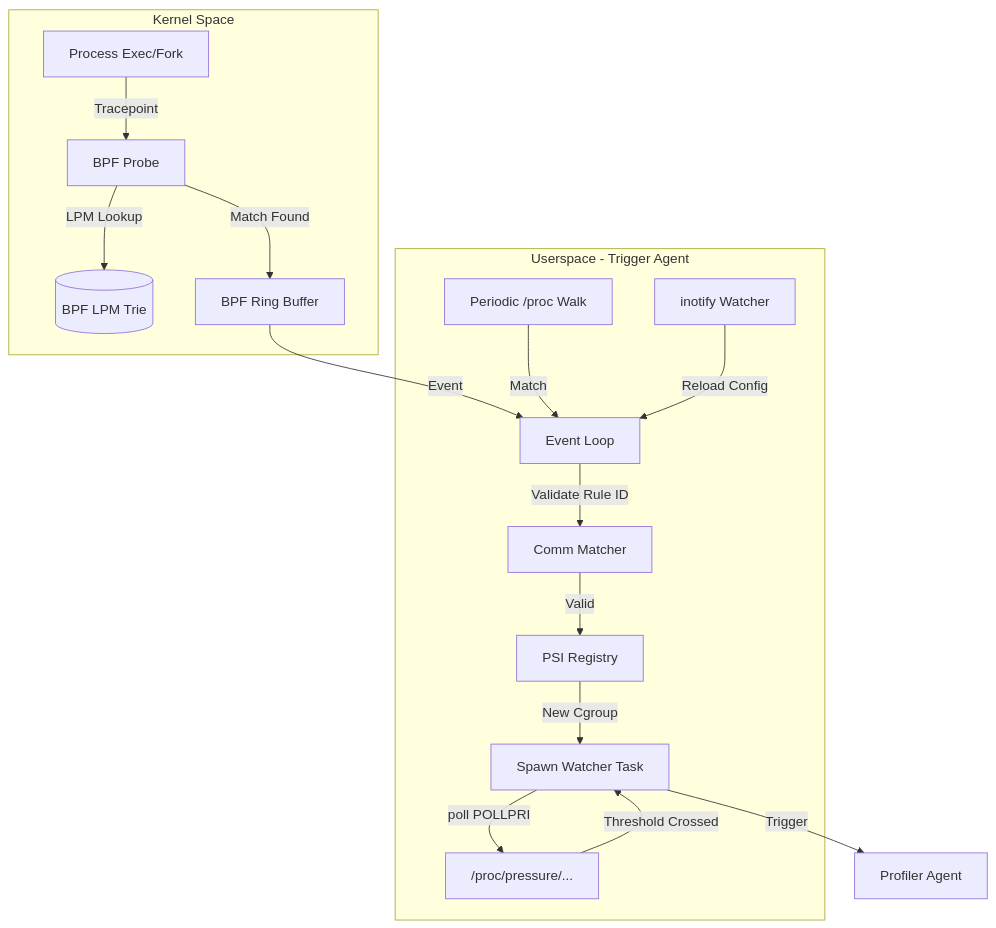
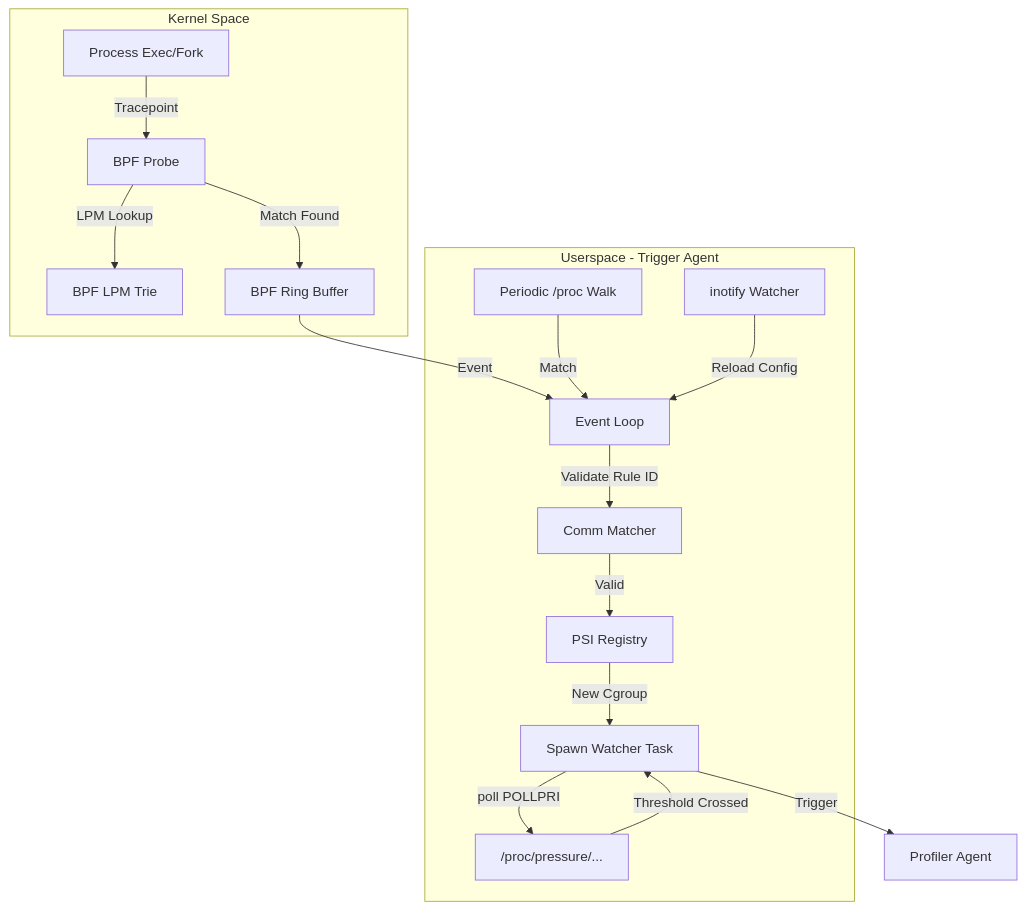
One commit to sugarraysam/bistouri changed the diagram in docs/trigger.qmd. Above: the diagram before and after it, drawn with Mermaid. The commit also changed other lines of this file and 3 other files, not shown here.

````diff
--- a/docs/trigger.qmd
+++ b/docs/trigger.qmd
@@ -78,24 +85,24 @@
 ```{mermaid}
 graph TD
     subgraph "Kernel Space"
         K_EXEC["Process Exec/Fork"] -->|"Tracepoint"| BPF_PROG["BPF Probe"]
-        BPF_PROG -->|"LPM Lookup"| BPF_TRIE[("BPF LPM Trie")]
+        BPF_PROG -->|"LPM Lookup"| BPF_TRIE["BPF LPM Trie"]
         BPF_PROG -->|"Match Found"| RING_BUF["BPF Ring Buffer"]
     end
 
     subgraph "Userspace - Trigger Agent"
         RING_BUF -->|"Event"| EV_LOOP["Event Loop"]
         PROC_SCAN["Periodic /proc Walk"] -->|"Match"| EV_LOOP
 
         INOTIFY["inotify Watcher"] -->|"Reload Config"| EV_LOOP
 
         EV_LOOP -->|"Validate Rule ID"| MATCHER["Comm Matcher"]
         MATCHER -->|"Valid"| PSI_REG["PSI Registry"]
 
         PSI_REG -->|"New Cgroup"| SPAWN["Spawn Watcher Task"]
         SPAWN -->|"poll POLLPRI"| PSI_FILE["/proc/pressure/..."]
     end
 
     PSI_FILE -->|"Threshold Crossed"| SPAWN
     SPAWN -->|"Trigger"| PROFILER["Profiler Agent"]
 ```
````
